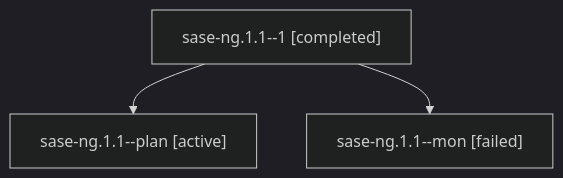
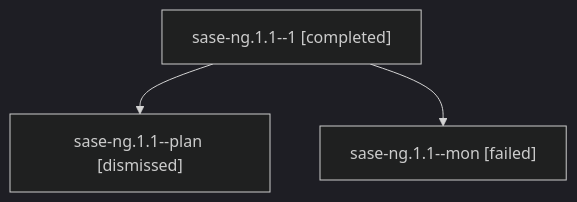
The diagram in sessions/bbugyi200.athena.sase-ng.1.1.md (sase-org/sase--agents), drawn with Mermaid (dark theme) before and after one commit. The commit also changed other lines of this file and 219 other files, not shown here.

````diff
--- a/sessions/bbugyi200.athena.sase-ng.1.1.md
+++ b/sessions/bbugyi200.athena.sase-ng.1.1.md
@@ -9,8 +9,8 @@
 ```mermaid
 flowchart TD
   n0["sase-ng.1.1--1 [completed]"]
-  n1["sase-ng.1.1--plan [active]"]
+  n1["sase-ng.1.1--plan [dismissed]"]
   n0 --> n1
   n2["sase-ng.1.1--mon [failed]"]
   n0 --> n2
 ```
````
